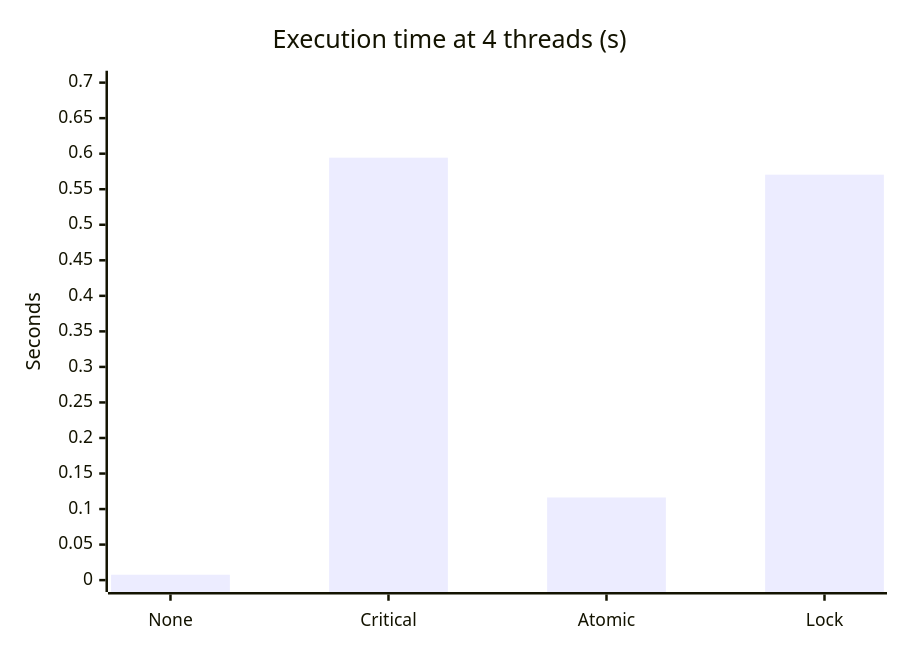
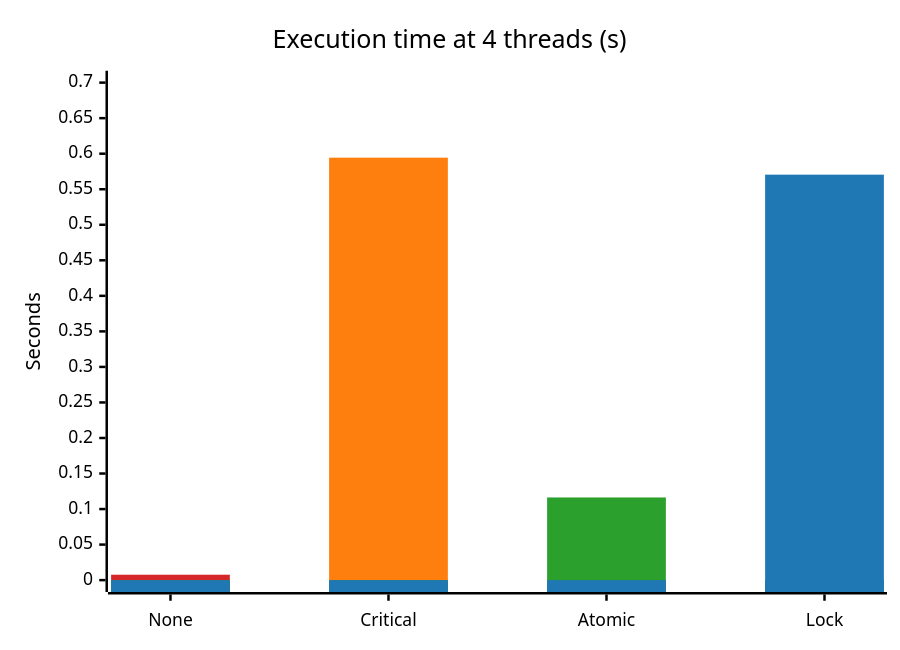
One commit to chaitanya-m5/parallel-sync-mechanisms changed the third of 5 diagrams in README.md. Above: the diagram before and after it, drawn with Mermaid. The commit also changed other lines of this file, not shown here.

````diff
--- a/README.md
+++ b/README.md
@@ -198,7 +206,11 @@
 ```mermaid
+%%{init: {"theme":"base","themeVariables":{"xyChart":{"backgroundColor":"#ffffff","titleColor":"#000000","xAxisLabelColor":"#000000","xAxisTitleColor":"#000000","xAxisTickColor":"#000000","xAxisLineColor":"#000000","yAxisLabelColor":"#000000","yAxisTitleColor":"#000000","yAxisTickColor":"#000000","yAxisLineColor":"#000000","plotColorPalette":"#d62728, #ff7f0e, #2ca02c, #1f77b4"}}}}%%
 xychart-beta
     title "Execution time at 4 threads (s)"
     x-axis [None, Critical, Atomic, Lock]
     y-axis "Seconds" 0 --> 0.7
-    bar [0.0076, 0.5944, 0.1163, 0.5705]
+    bar [0.0076, 0, 0, 0]
+    bar [0, 0.5944, 0, 0]
+    bar [0, 0, 0.1163, 0]
+    bar [0, 0, 0, 0.5705]
 ```
````
